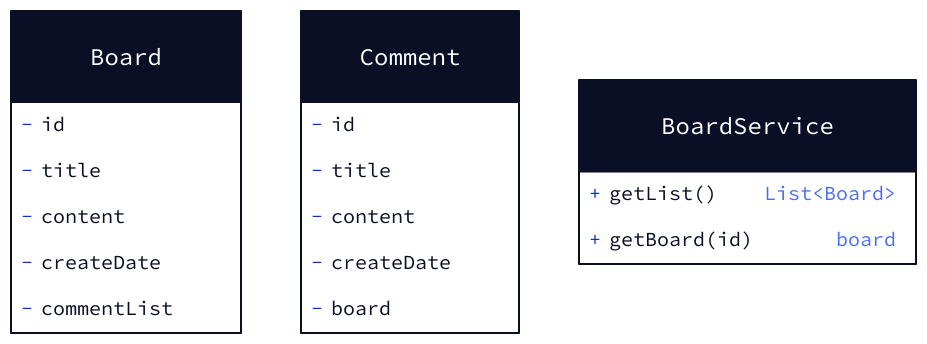
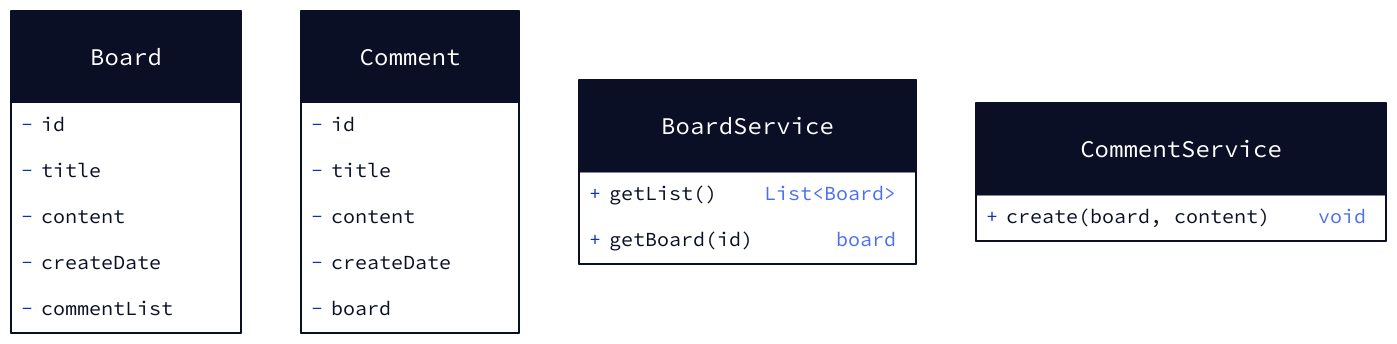
One commit to soljeong/blog changed the diagram in class.d2. Above: the diagram before and after it, drawn with D2. The commit also changed 5 other files, not shown here.

```diff
--- a/class.d2
+++ b/class.d2
@@ -1,26 +1,32 @@
 Board: {
   shape: class
 
   -id
   -title
   -content
   -createDate
   -commentList
 }
 
 Comment: {
   shape: class
 
   -id
   -title
   -content
   -createDate
   -board
 }
 
 BoardService : {
   shape : class
 
   getList() : List<Board>
   getBoard(id) : board
 }
+
+CommentService : {
+  shape : class
+
+  create(board, content)
+}
```
